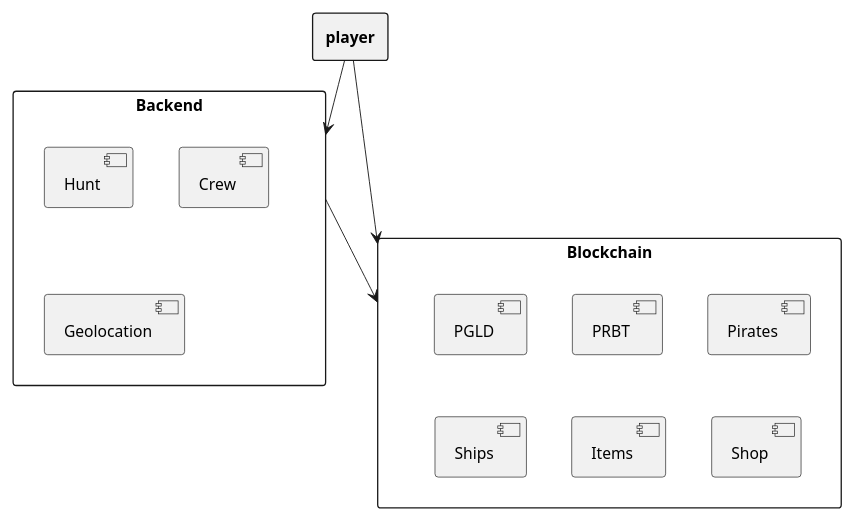
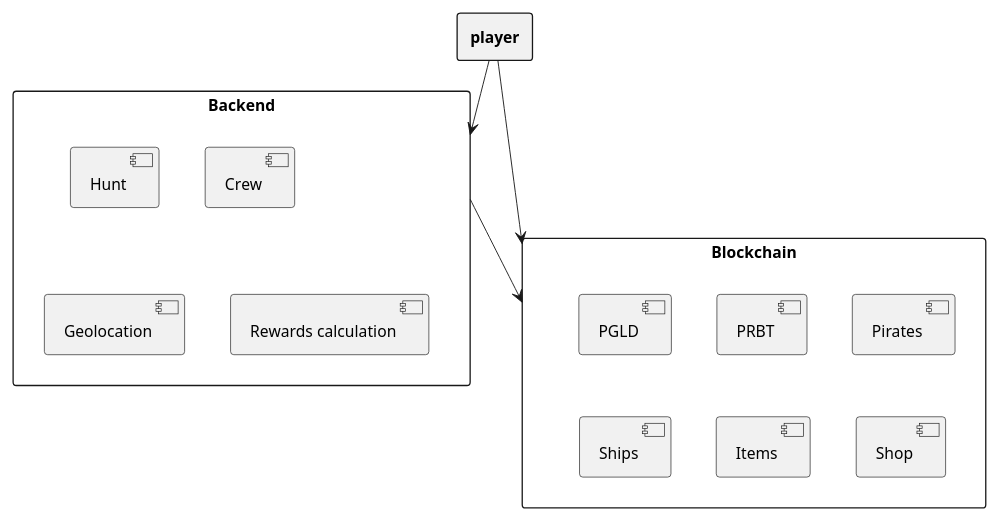
The diagram in docs/tech_architecture/overview.md (TrailsofGold/whitepaper), drawn with PlantUML before and after one commit. The commit also changed other lines of this file and 1 other file, not shown here.

````diff
--- a/docs/tech_architecture/overview.md
+++ b/docs/tech_architecture/overview.md
@@ -7,30 +7,31 @@
 ```plantuml
 skinparam monochrome true
 skinparam ranksep 20
 skinparam dpi 100
 skinparam arrowThickness 0.7
 skinparam packageTitleAlignment center
 skinparam usecaseBorderThickness 0.4
 skinparam defaultFontSize 12
 skinparam rectangleBorderThickness 1
 
 rectangle "Backend" {
   [Hunt]
   [Crew]
   [Geolocation]
+  [Rewards calculation]
 }
 rectangle "Blockchain" {
   [PGLD]
   [PRBT]
   [Pirates]
   [Ships]
   [Items]
   [Shop]
 }
 rectangle "<b>player</b>" as Player
 
 Player --> Blockchain
 Player --> Backend
 Backend --> Blockchain
 
 ```
````
